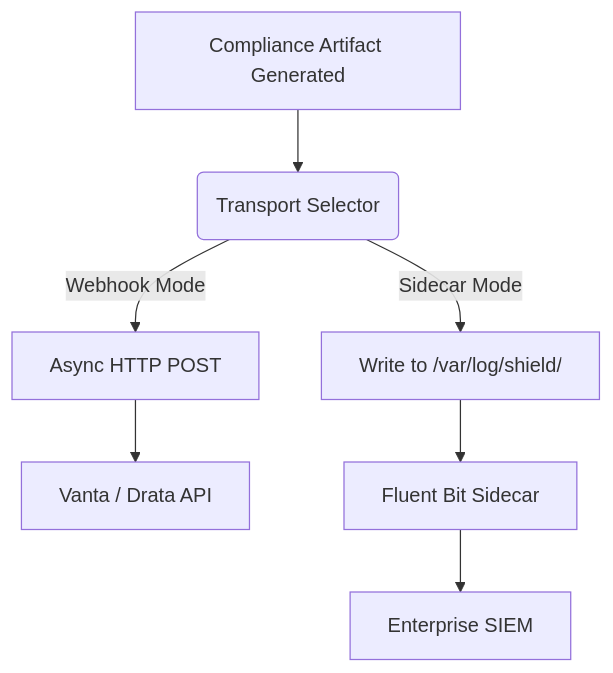
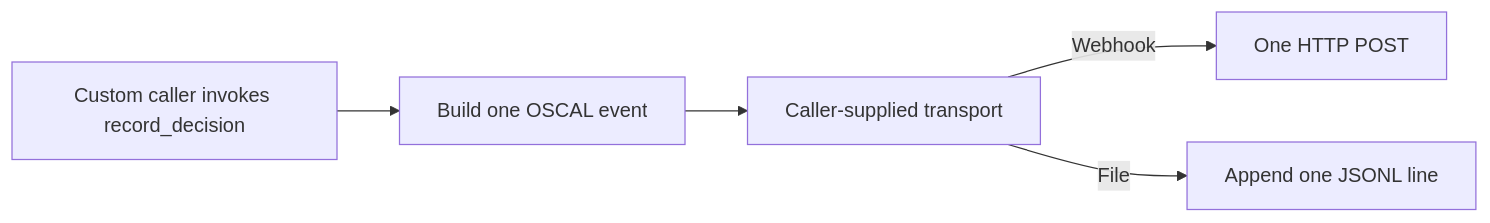
One commit to ninadphalak/LLM-Shield-Proxy changed the diagram in website/docs/features/enterprise-auditing-compliance/grc-webhook-sidecar-file-transport.md. Above: the diagram before and after it, drawn with Mermaid. The commit also changed other lines of this file and 86 other files, not shown here.

````diff
--- a/website/docs/features/enterprise-auditing-compliance/grc-webhook-sidecar-file-transport.md
+++ b/website/docs/features/enterprise-auditing-compliance/grc-webhook-sidecar-file-transport.md
@@ -16,9 +28,7 @@
 ```mermaid
-flowchart TD
-    A[Compliance Artifact Generated] --> B(Transport Selector)
-    B -->|Webhook Mode| C[Async HTTP POST]
-    C --> D[Vanta / Drata API]
-    B -->|Sidecar Mode| E[Write to /var/log/shield/]
-    E --> F[Fluent Bit Sidecar]
-    F --> G[Enterprise SIEM]
+flowchart LR
+    A[Custom caller invokes record_decision] --> B[Build one OSCAL event]
+    B --> C[Caller-supplied transport]
+    C -->|Webhook| D[One HTTP POST]
+    C -->|File| E[Append one JSONL line]
 ```
````
